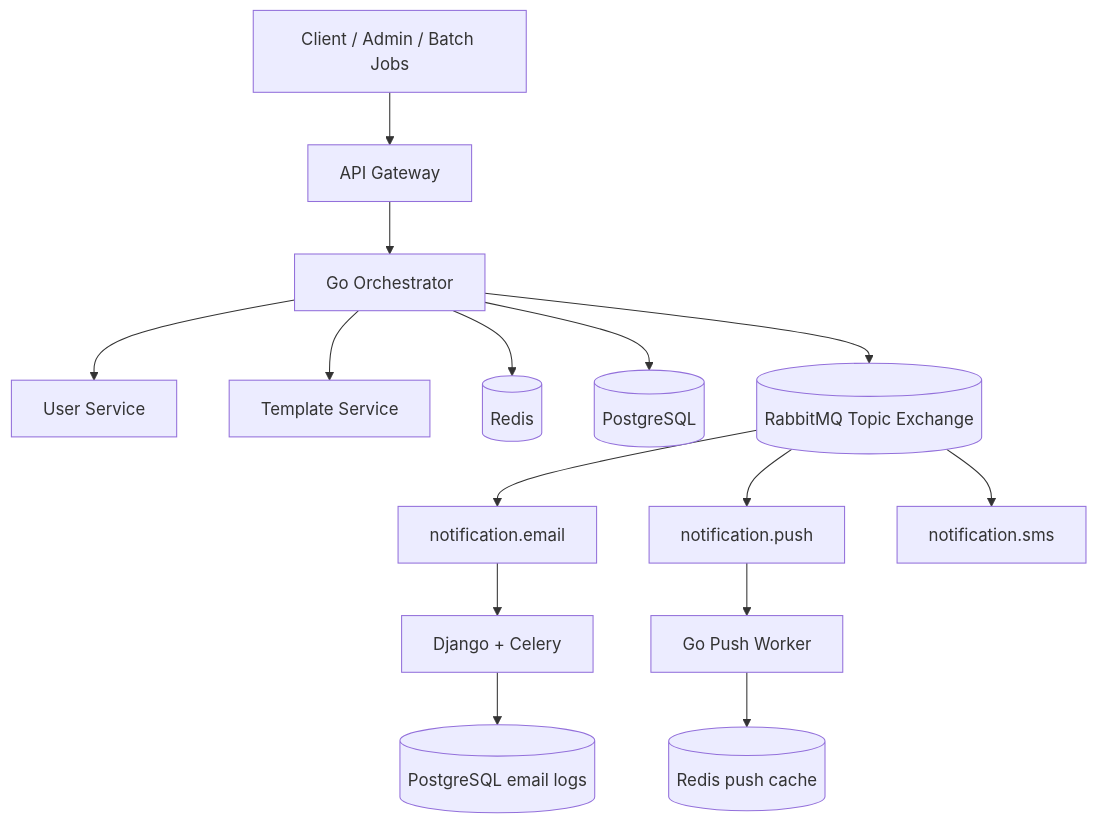
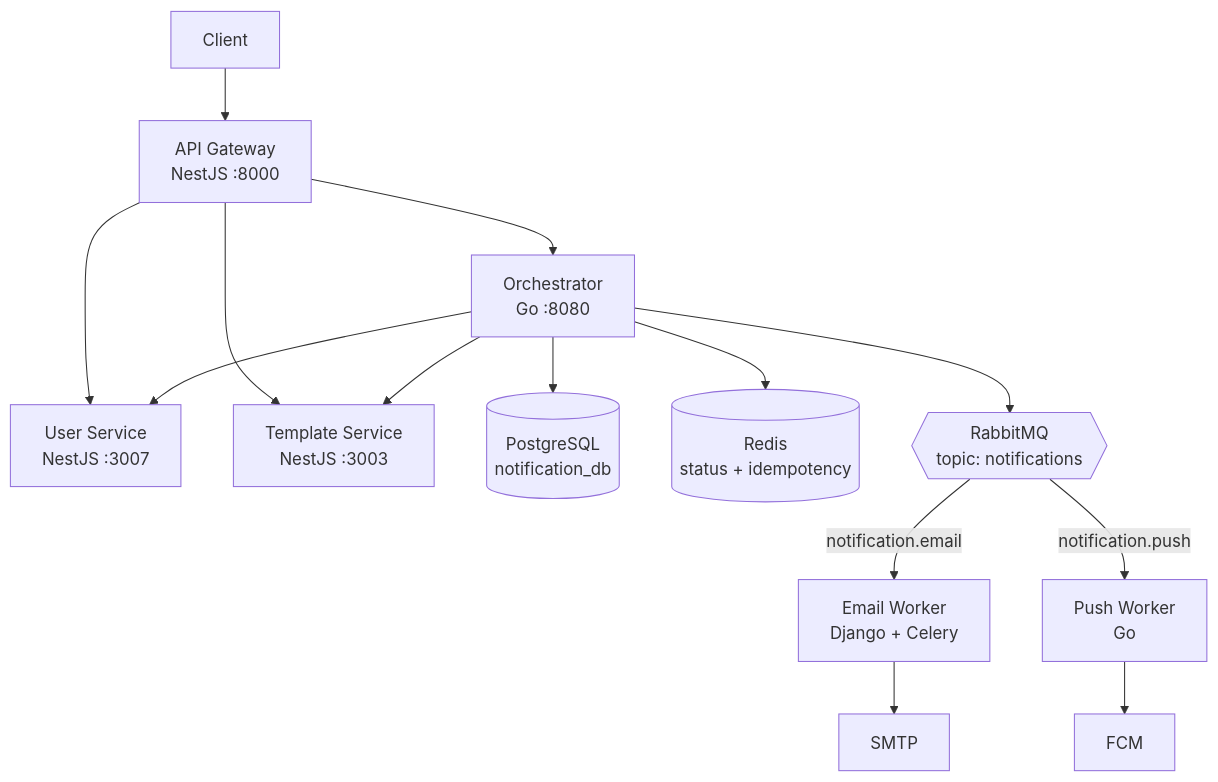
One commit to justinndidit/notification-system changed the diagram in README.md. Above: the diagram before and after it, drawn with Mermaid. The commit also changed other lines of this file and 36 other files, not shown here.

````diff
--- a/README.md
+++ b/README.md
@@ -114,20 +47,19 @@
 ```mermaid
 graph TB
-  Client[Client / Admin / Batch Jobs] --> Gateway[API Gateway]
-  Gateway --> Orch[Go Orchestrator]
-  Orch --> UserSvc[User Service]
-  Orch --> TemplateSvc[Template Service]
-  Orch --> Redis[(Redis)]
-  Orch --> DB[(PostgreSQL)]
-  Orch --> MQ[(RabbitMQ Topic Exchange)]
+  Client[Client] --> GW[API Gateway<br/>NestJS :8000]
+  GW --> Orch[Orchestrator<br/>Go :8080]
+  GW --> UserSvc[User Service<br/>NestJS :3007]
+  GW --> TemplateSvc[Template Service<br/>NestJS :3003]
 
-  MQ --> EmailQ[notification.email]
-  MQ --> PushQ[notification.push]
-  MQ --> SmsQ[notification.sms]
+  Orch --> UserSvc
+  Orch --> TemplateSvc
+  Orch --> DB[(PostgreSQL<br/>notification_db)]
+  Orch --> Redis[(Redis<br/>status + idempotency)]
+  Orch --> MQ{{RabbitMQ<br/>topic: notifications}}
 
-  EmailQ --> EmailWorker[Django + Celery]
-  PushQ --> PushWorker[Go Push Worker]
+  MQ -->|notification.email| EmailW[Email Worker<br/>Django + Celery]
+  MQ -->|notification.push| PushW[Push Worker<br/>Go]
 
-  EmailWorker --> EmailDB[(PostgreSQL email logs)]
-  PushWorker --> PushCache[(Redis push cache)]
+  EmailW --> SMTP[SMTP]
+  PushW --> FCM[FCM]
 ```
````
